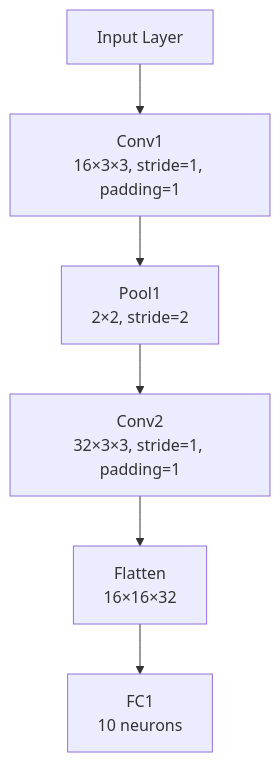
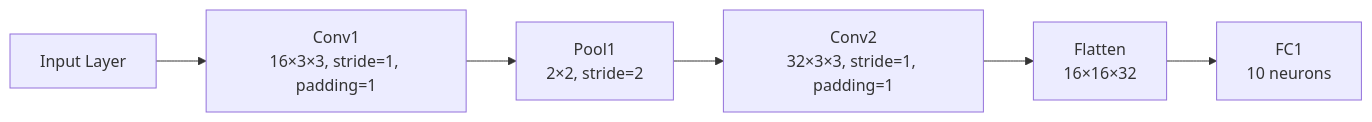
One commit to COD1995/ml-meta changed the diagram in books/pattern-classification/cross_entropy_derivation_AZ.md. Above: the diagram before and after it, drawn with Mermaid.

````diff
--- a/books/pattern-classification/cross_entropy_derivation_AZ.md
+++ b/books/pattern-classification/cross_entropy_derivation_AZ.md
@@ -7,11 +7,11 @@
 ```mermaid
-flowchart TB
+flowchart LR
     Input[Input Layer]
     Conv1[Conv1<br/>16×3×3, stride=1, padding=1]
     Pool1[Pool1<br/>2×2, stride=2]
     Conv2[Conv2<br/>32×3×3, stride=1, padding=1]
     Flatten[Flatten<br/>16×16×32]
     FC1[FC1<br/>10 neurons]
 
     Input --> Conv1 --> Pool1 --> Conv2 --> Flatten --> FC1
 ```
````
